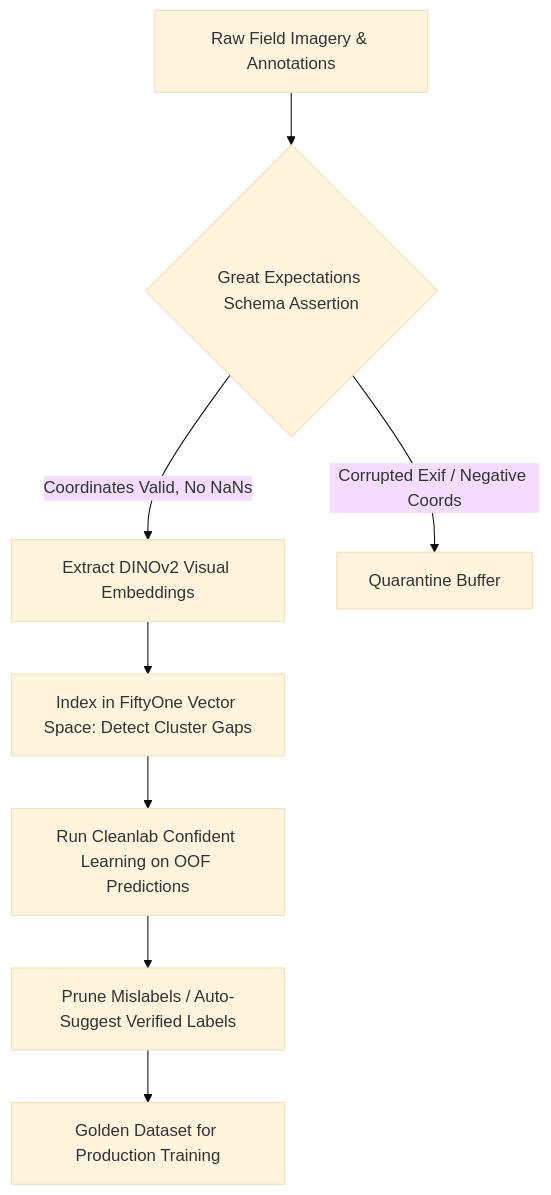
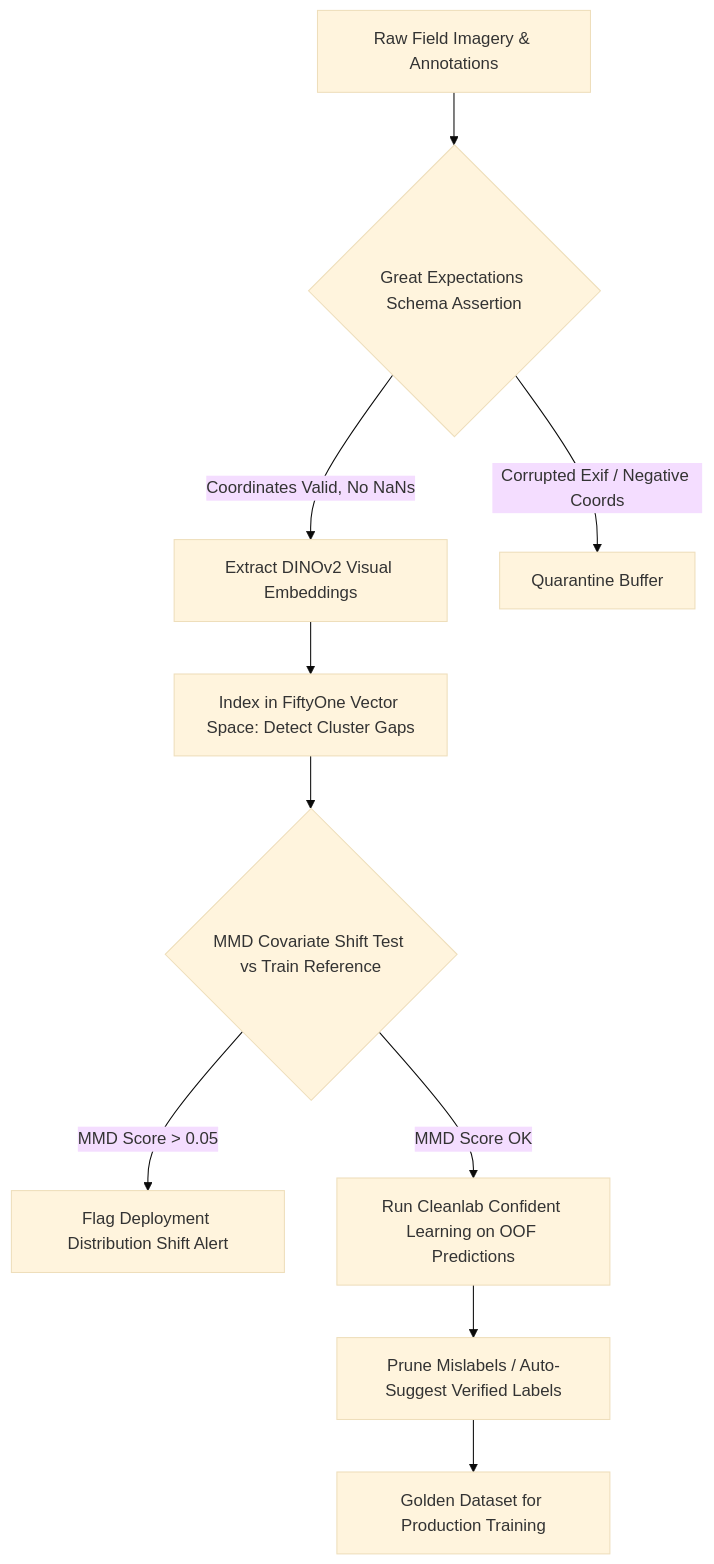
The diagram in topics/data-quality-and-verification/02-production-pipeline-and-workarounds.md (sergiomh499/cv-projects), drawn with Mermaid (base theme) before and after one commit. The commit also changed other lines of this file and 51 other files, not shown here.

````diff
--- a/topics/data-quality-and-verification/02-production-pipeline-and-workarounds.md
+++ b/topics/data-quality-and-verification/02-production-pipeline-and-workarounds.md
@@ -21,11 +21,12 @@
 ```mermaid
 flowchart TD
     Ingest["Raw Field Imagery & Annotations"] --> Validate{"Great Expectations Schema Assertion"}
     Validate -->|Coordinates Valid, No NaNs| Embed["Extract DINOv2 Visual Embeddings"]
     Validate -->|Corrupted Exif / Negative Coords| Reject["Quarantine Buffer"]
     Embed --> Cluster["Index in FiftyOne Vector Space: Detect Cluster Gaps"]
-    Cluster --> Cleanlab["Run Cleanlab Confident Learning on OOF Predictions"]
+    Cluster --> Drift{"MMD Covariate Shift Test vs Train Reference"}
+    Drift -->|MMD Score > 0.05| DriftAlert["Flag Deployment Distribution Shift Alert"]
+    Drift -->|MMD Score OK| Cleanlab["Run Cleanlab Confident Learning on OOF Predictions"]
     Cleanlab --> Curate["Prune Mislabels / Auto-Suggest Verified Labels"]
     Curate --> CleanSet["Golden Dataset for Production Training"]
-
 ```
````
